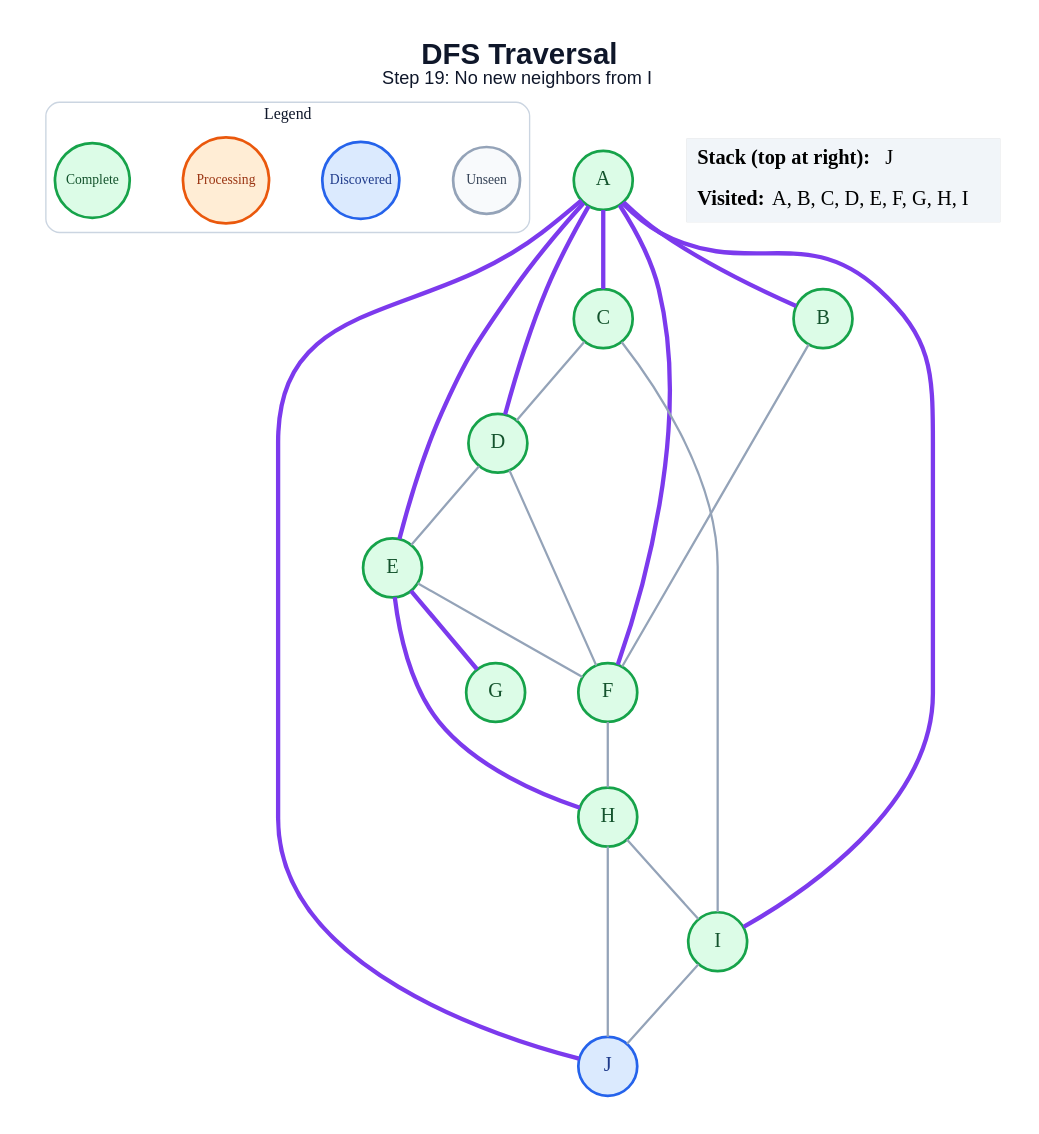
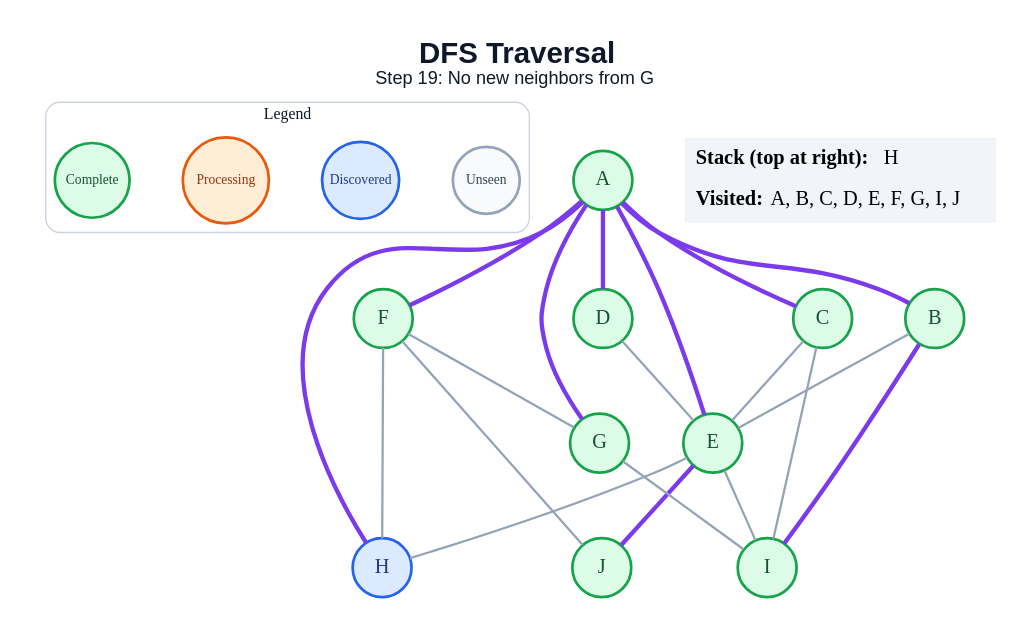
The diagram in generated/dfs/step_19.dot (anon7238593-create/ai-slop), drawn with Graphviz before and after one commit. The commit also changed 178 other files, not shown here.

```diff
--- a/generated/dfs/step_19.dot
+++ b/generated/dfs/step_19.dot
@@ -1,48 +1,48 @@
 graph traversal {
   graph [layout=dot, rankdir=TB, bgcolor="#FFFFFF", pad="0.35", nodesep="0.65", ranksep="0.8", fontname="Arial"];
   node [shape=circle, style="filled", fontname="Arial Bold", fontsize=18, width=0.72, fixedsize=true, penwidth=2.4];
   edge [color="#94A3B8", penwidth=2.0];
-  label=<<B>DFS Traversal</B><BR/><FONT POINT-SIZE="16">Step 19: No new neighbors from I</FONT>>; labelloc="t"; fontsize=26; fontname="Arial"; fontcolor="#0F172A";
+  label=<<B>DFS Traversal</B><BR/><FONT POINT-SIZE="16">Step 19: No new neighbors from G</FONT>>; labelloc="t"; fontsize=26; fontname="Arial"; fontcolor="#0F172A";
   subgraph cluster_legend { label="Legend"; color="#CBD5E1"; penwidth=1.2; style="rounded"; fontsize=14; fontname="Arial Bold";
     key_unseen [label="Unseen", fillcolor="#F8FAFC", color="#94A3B8", fontcolor="#334155", fontsize=12, width=0.82];
     key_frontier [label="Discovered", fillcolor="#DBEAFE", color="#2563EB", fontcolor="#1E3A8A", fontsize=12, width=0.95];
     key_current [label="Processing", fillcolor="#FFEDD5", color="#EA580C", fontcolor="#9A3412", fontsize=12, width=1.05];
     key_done [label="Complete", fillcolor="#DCFCE7", color="#16A34A", fontcolor="#14532D", fontsize=12, width=0.92];
     { rank=same; key_unseen; key_frontier; key_current; key_done; }
   }
   A [fillcolor="#DCFCE7", color="#16A34A", fontcolor="#14532D"];
   B [fillcolor="#DCFCE7", color="#16A34A", fontcolor="#14532D"];
   C [fillcolor="#DCFCE7", color="#16A34A", fontcolor="#14532D"];
   D [fillcolor="#DCFCE7", color="#16A34A", fontcolor="#14532D"];
   E [fillcolor="#DCFCE7", color="#16A34A", fontcolor="#14532D"];
   F [fillcolor="#DCFCE7", color="#16A34A", fontcolor="#14532D"];
   G [fillcolor="#DCFCE7", color="#16A34A", fontcolor="#14532D"];
-  H [fillcolor="#DCFCE7", color="#16A34A", fontcolor="#14532D"];
+  H [fillcolor="#DBEAFE", color="#2563EB", fontcolor="#1E3A8A"];
   I [fillcolor="#DCFCE7", color="#16A34A", fontcolor="#14532D"];
-  J [fillcolor="#DBEAFE", color="#2563EB", fontcolor="#1E3A8A"];
+  J [fillcolor="#DCFCE7", color="#16A34A", fontcolor="#14532D"];
   A -- B [color="#7C3AED", penwidth=3.8];
   A -- C [color="#7C3AED", penwidth=3.8];
   A -- D [color="#7C3AED", penwidth=3.8];
   A -- E [color="#7C3AED", penwidth=3.8];
   A -- F [color="#7C3AED", penwidth=3.8];
-  A -- I [color="#7C3AED", penwidth=3.8];
-  A -- J [color="#7C3AED", penwidth=3.8];
-  B -- F;
-  C -- D;
+  A -- G [color="#7C3AED", penwidth=3.8];
+  A -- H [color="#7C3AED", penwidth=3.8];
+  B -- E;
+  B -- I [color="#7C3AED", penwidth=3.8];
+  C -- E;
   C -- I;
   D -- E;
-  D -- F;
-  E -- F;
-  E -- G [color="#7C3AED", penwidth=3.8];
-  E -- H [color="#7C3AED", penwidth=3.8];
+  E -- H;
+  E -- I;
+  E -- J [color="#7C3AED", penwidth=3.8];
+  F -- G;
   F -- H;
-  H -- I;
-  H -- J;
-  I -- J;
+  F -- J;
+  G -- I;
   status [shape=plain, fixedsize=false, width=0, height=0, margin=0, label=<
     <TABLE BORDER="0" CELLBORDER="0" CELLPADDING="7" BGCOLOR="#F1F5F9">
-      <TR><TD ALIGN="LEFT"><B>Stack (top at right):</B> J</TD></TR>
-      <TR><TD ALIGN="LEFT"><B>Visited:</B> A, B, C, D, E, F, G, H, I</TD></TR>
+      <TR><TD ALIGN="LEFT"><B>Stack (top at right):</B> H</TD></TR>
+      <TR><TD ALIGN="LEFT"><B>Visited:</B> A, B, C, D, E, F, G, I, J</TD></TR>
     </TABLE>
   >];
 }
```
